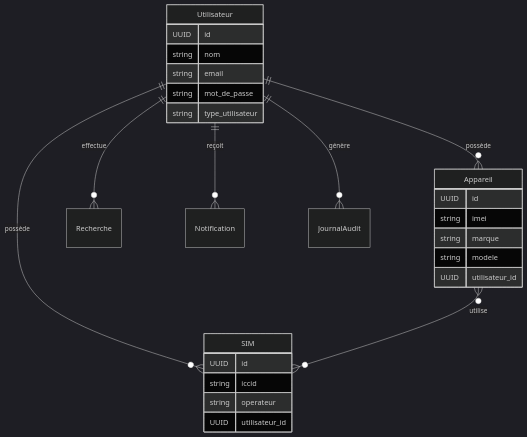
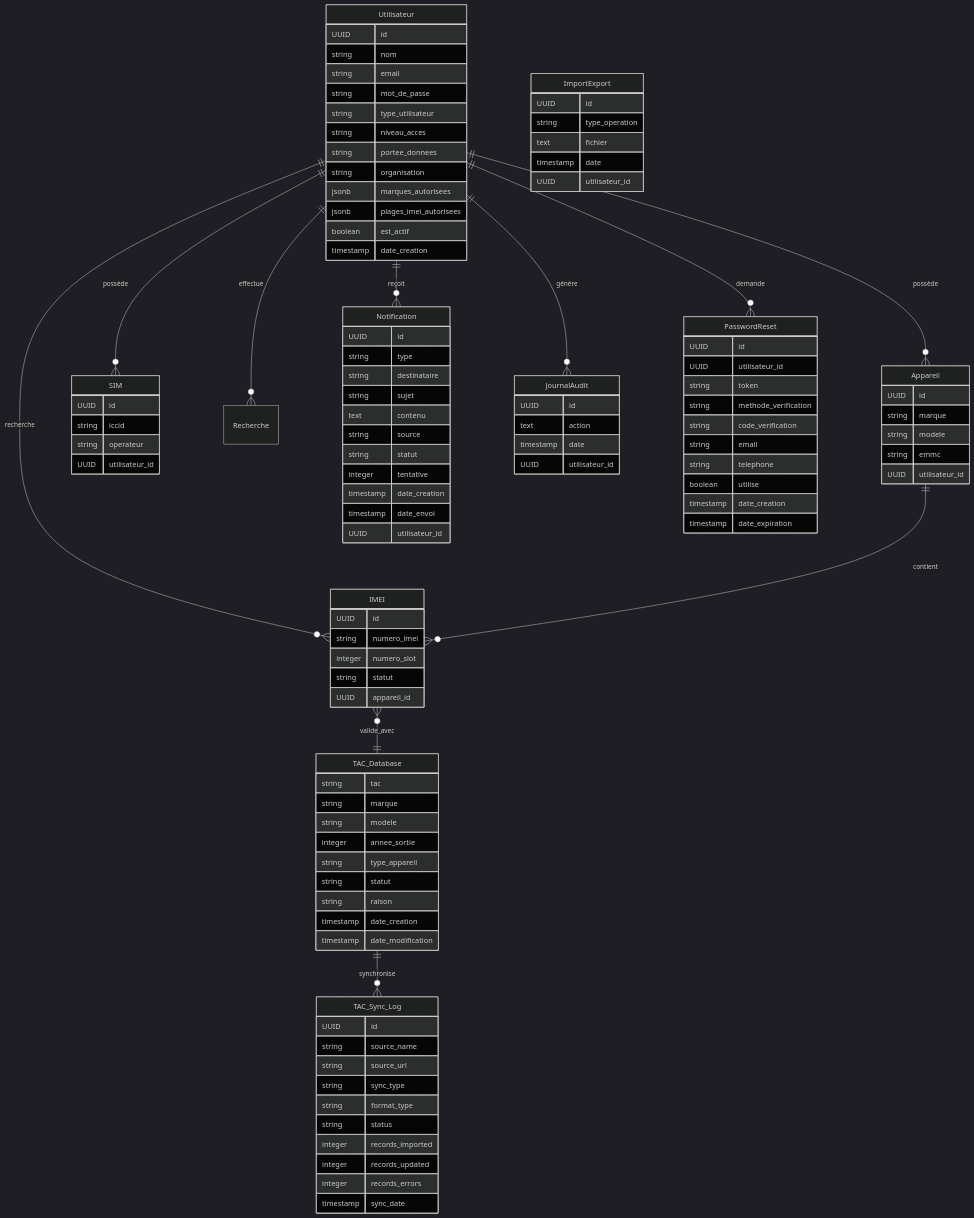
One commit to Mohamedsalem00/eir-project changed the diagram in README.md. Above: the diagram before and after it, drawn with Mermaid (dark theme). The commit also changed other lines of this file and 24 other files, not shown here.

First line of the commit message:
fix: update IMEI status terminology from "actif" to "active" across the codebase

````diff
--- a/README.md
+++ b/README.md
@@ -107,10 +238,14 @@
 erDiagram
     Utilisateur ||--o{ Appareil : "possède"
     Utilisateur ||--o{ SIM : "possède"
-    Appareil }o--o{ SIM : "utilise"
+    Utilisateur ||--o{ IMEI : "recherche"
+    Appareil ||--o{ IMEI : "contient"
     Utilisateur ||--o{ Recherche : "effectue"
     Utilisateur ||--o{ Notification : "reçoit"
     Utilisateur ||--o{ JournalAudit : "génère"
+    Utilisateur ||--o{ PasswordReset : "demande"
+    IMEI }o--|| TAC_Database : "valide_avec"
+    TAC_Database ||--o{ TAC_Sync_Log : "synchronise"
     
     Utilisateur {
         UUID id
@@ -118,14 +253,54 @@
         string email
         string mot_de_passe
         string type_utilisateur
+        string niveau_acces
+        string portee_donnees
+        string organisation
+        jsonb marques_autorisees
+        jsonb plages_imei_autorisees
+        boolean est_actif
+        timestamp date_creation
     }
     
     Appareil {
         UUID id
-        string imei
         string marque
         string modele
+        string emmc
         UUID utilisateur_id
+    }
+    
+    IMEI {
+        UUID id
+        string numero_imei
+        integer numero_slot
+        string statut
+        UUID appareil_id
+    }
+    
+    TAC_Database {
+        string tac
+        string marque
+        string modele
+        integer annee_sortie
+        string type_appareil
+        string statut
+        string raison
+        timestamp date_creation
+        timestamp date_modification
+    }
+    
+    TAC_Sync_Log {
+        UUID id
+        string source_name
+        string source_url
+        string sync_type
+        string format_type
+        string status
+        integer records_imported
+        integer records_updated
+        integer records_errors
+        timestamp sync_date
     }
     
     SIM {
@@ -134,4 +309,46 @@
         string operateur
         UUID utilisateur_id
     }
+    
+    Notification {
+        UUID id
+        string type
+        string destinataire
+        string sujet
+        text contenu
+        string source
+        string statut
+        integer tentative
+        timestamp date_creation
+        timestamp date_envoi
+        UUID utilisateur_id
+    }
+    
+    PasswordReset {
+        UUID id
+        UUID utilisateur_id
+        string token
+        string methode_verification
+        string code_verification
+        string email
+        string telephone
+        boolean utilise
+        timestamp date_creation
+        timestamp date_expiration
+    }
+    
+    JournalAudit {
+        UUID id
+        text action
+        timestamp date
+        UUID utilisateur_id
+    }
+    
+    ImportExport {
+        UUID id
+        string type_operation
+        text fichier
+        timestamp date
+        UUID utilisateur_id
+    }
 ```
````
